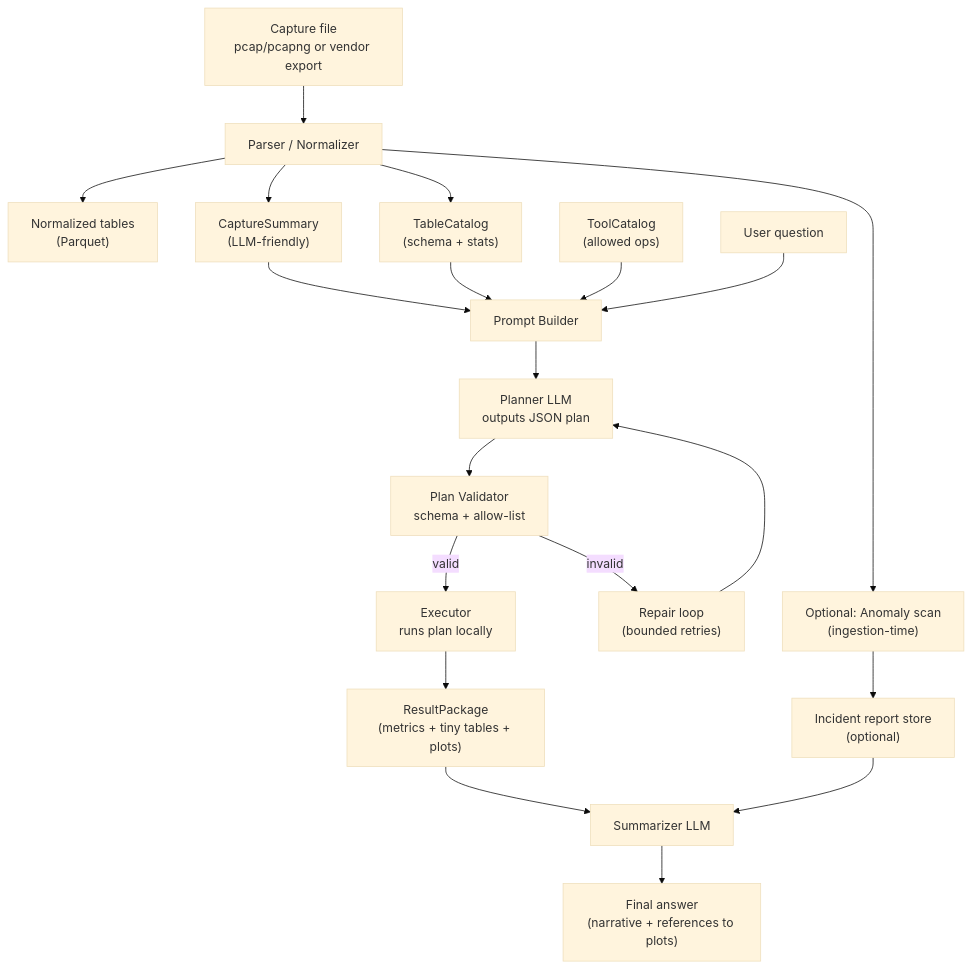
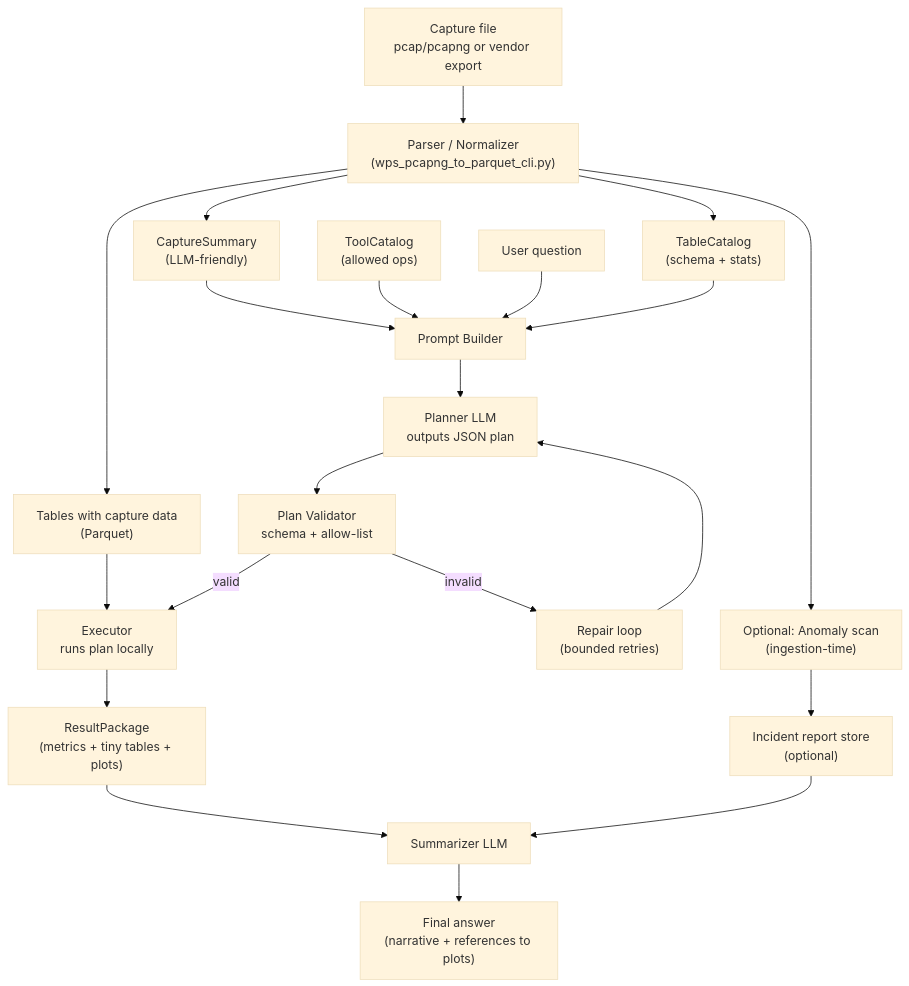
One commit to potto216/wps-examples changed the first of 3 diagrams in usecase/llm_rag_ml/llm_guided_stat_analyst_design.md. Above: the diagram before and after it, drawn with Mermaid (base theme). The commit also changed other lines of this file, not shown here.

````diff
--- a/usecase/llm_rag_ml/llm_guided_stat_analyst_design.md
+++ b/usecase/llm_rag_ml/llm_guided_stat_analyst_design.md
@@ -41,25 +52,26 @@
 ```mermaid
 flowchart TD
-  A[Capture file<br/>pcap/pcapng or vendor export] --> B[Parser / Normalizer]
-  B --> C["Normalized tables<br/>(Parquet)"]
+  A["Capture file<br/>pcap/pcapng or vendor export"] --> B["Parser / Normalizer<br/>(wps_pcapng_to_parquet_cli.py)"]
+  B --> C["Tables with capture data<br/>(Parquet)"]
   B --> D["CaptureSummary<br/>(LLM-friendly)"]
   B --> E["TableCatalog<br/>(schema + stats)"]
   B --> F["Optional: Anomaly scan<br/>(ingestion-time)"]
 
   D --> G[Prompt Builder]
   E --> G
   H["ToolCatalog<br/>(allowed ops)"] --> G
   I[User question] --> G
 
   G --> J[Planner LLM<br/>outputs JSON plan]
   J --> K[Plan Validator<br/>schema + allow-list]
   K -->|valid| L[Executor<br/>runs plan locally]
+  C --> L
   K -->|invalid| J2["Repair loop<br/>(bounded retries)"]
   J2 --> J
 
   L --> M["ResultPackage<br/>(metrics + tiny tables + plots)"]
   M --> N[Summarizer LLM]
   N --> O["Final answer<br/>(narrative + references to plots)"]
   F --> P["Incident report store<br/>(optional)"]
   P --> N
 ```
````
